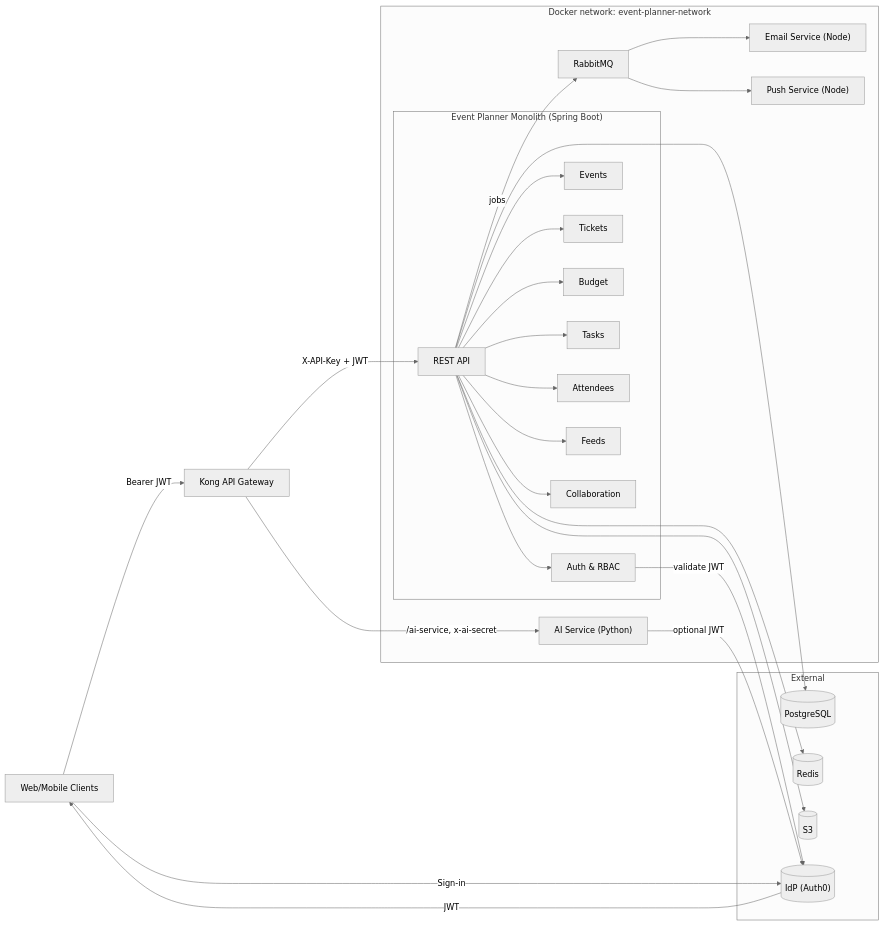
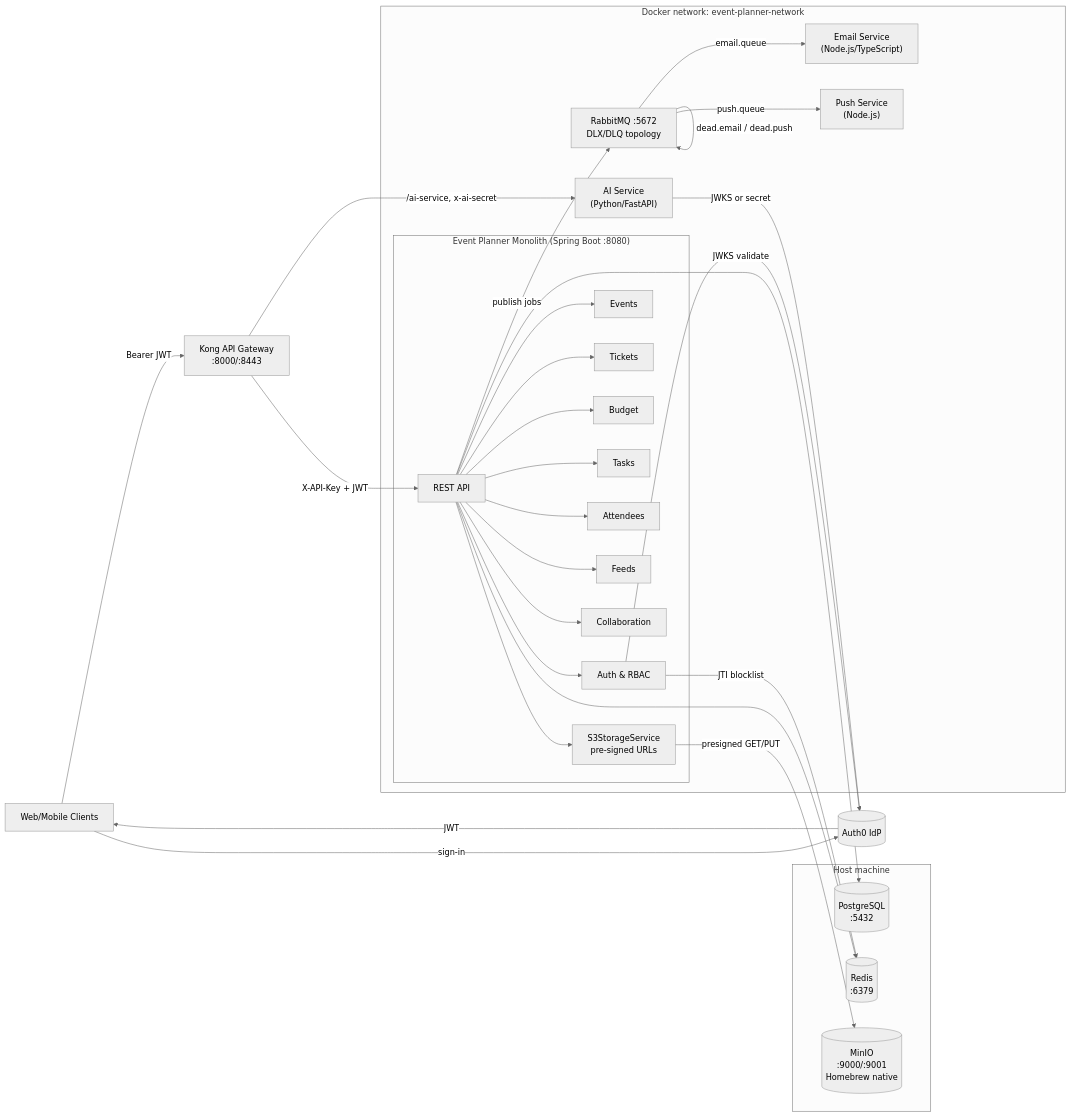
Before and after one commit to akintundem/SHADE: the diagram in documentation/architecture.md, drawn with Mermaid (neutral theme). The commit also changed other lines of this file and 30 other files, not shown here.

````diff
--- a/documentation/architecture.md
+++ b/documentation/architecture.md
@@ -44,54 +48,59 @@
 ```mermaid
 flowchart LR
   C[Web/Mobile Clients]
-  K[Kong API Gateway]
+  IDP[("Auth0 IdP")]
+  K[Kong API Gateway\n:8000/:8443]
+
+  subgraph H["Host machine"]
+    PG[(PostgreSQL\n:5432)]
+    RD[(Redis\n:6379)]
+    MN[("MinIO\n:9000/:9001\nHomebrew native")]
+  end
 
   subgraph N["Docker network: event-planner-network"]
-    subgraph EP_APP["Event Planner Monolith (Spring Boot)"]
+    subgraph EP_APP["Event Planner Monolith (Spring Boot :8080)"]
       EP_API[REST API]
       EP_AUTH[Auth & RBAC]
       EP_EVENTS[Events]
       EP_TICKETS[Tickets]
       EP_BUDGET[Budget]
       EP_TIMELINE[Tasks]
       EP_ATTENDEES[Attendees]
       EP_FEEDS[Feeds]
       EP_COLLAB[Collaboration]
+      EP_STORAGE[S3StorageService\npre-signed URLs]
     end
-    AI["AI Service (Python)"]
-    ES["Email Service (Node)"]
-    PS["Push Service (Node)"]
-    RMQ["RabbitMQ"]
+    AI["AI Service\n(Python/FastAPI)"]
+    ES["Email Service\n(Node.js/TypeScript)"]
+    PS["Push Service\n(Node.js)"]
+    RMQ["RabbitMQ :5672\nDLX/DLQ topology"]
   end
 
-  subgraph X["External"]
-    PG[(PostgreSQL)]
-    RD[(Redis)]
-    S3[("S3")]
-    IDP[("IdP (Auth0)")]
-  end
-
-  C -->|Sign-in| IDP
+  C -->|sign-in| IDP
   IDP -->|JWT| C
   C -->|Bearer JWT| K
   K -->|X-API-Key + JWT| EP_API
   K -->|/ai-service, x-ai-secret| AI
 
   EP_API --> EP_AUTH
   EP_API --> EP_EVENTS
   EP_API --> EP_TICKETS
   EP_API --> EP_BUDGET
   EP_API --> EP_TIMELINE
   EP_API --> EP_ATTENDEES
   EP_API --> EP_FEEDS
   EP_API --> EP_COLLAB
+  EP_API --> EP_STORAGE
 
-  EP_API -->|jobs| RMQ
-  RMQ --> ES
-  RMQ --> PS
+  EP_API -->|publish jobs| RMQ
+  RMQ -->|email.queue| ES
+  RMQ -->|push.queue| PS
+  RMQ -->|dead.email / dead.push| RMQ
+
   EP_API --> PG
   EP_API --> RD
-  EP_API --> S3
-  EP_AUTH -->|validate JWT| IDP
-  AI -->|optional JWT| IDP
+  EP_STORAGE -->|presigned GET/PUT| MN
+  EP_AUTH -->|JWKS validate| IDP
+  EP_AUTH -->|JTI blocklist| RD
+  AI -->|JWKS or secret| IDP
 ```
````
